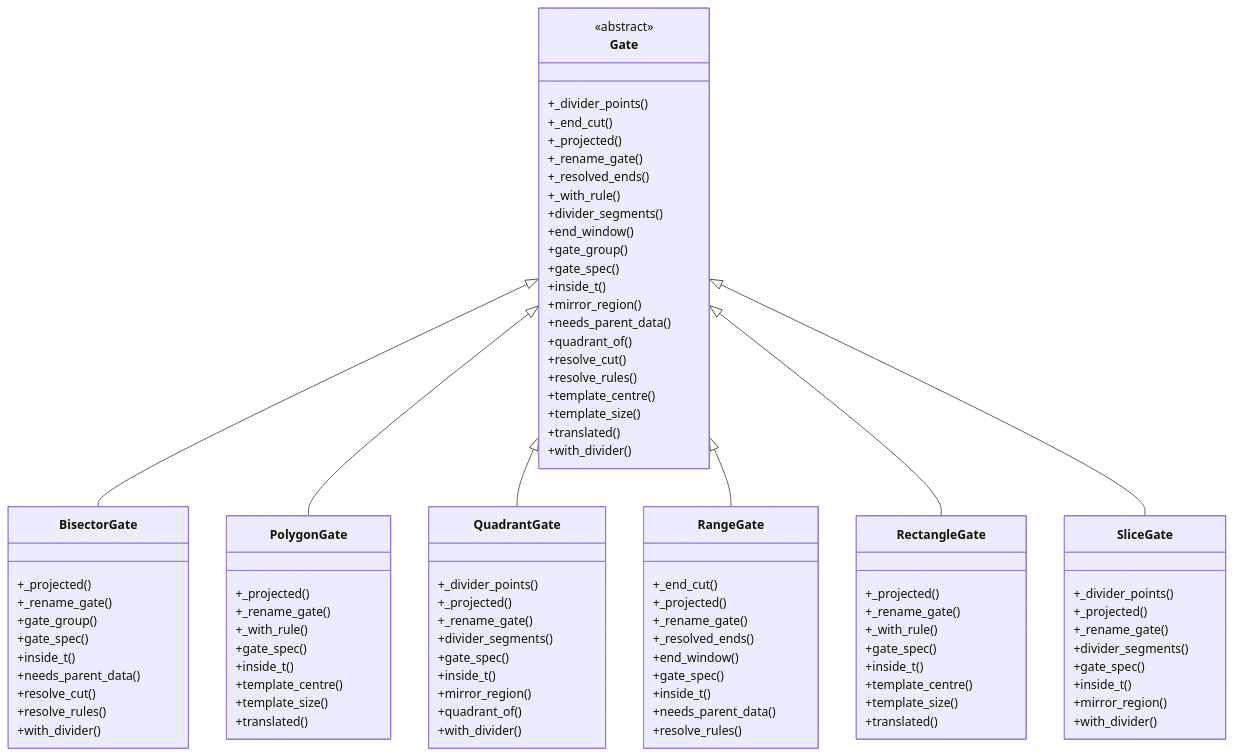
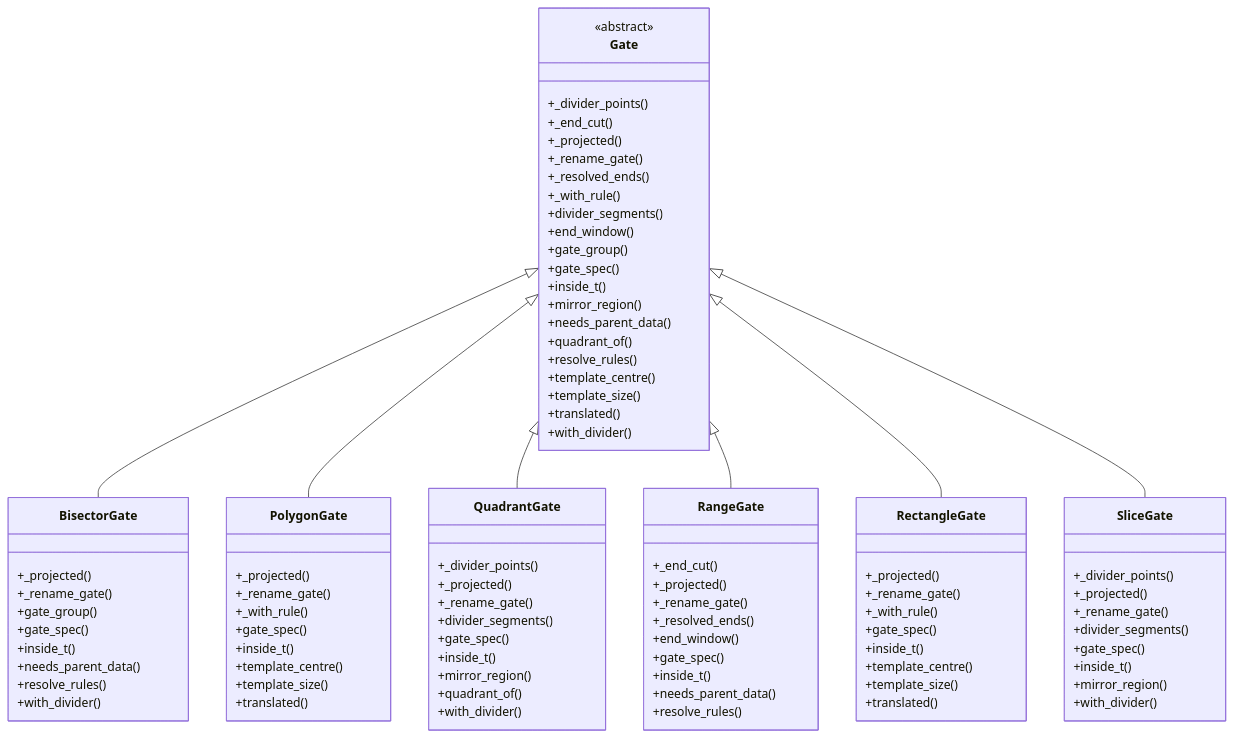
Before and after one commit to schienstockd/cecelia: the first of 6 diagrams in docs/architecture/julia/interfaces.md, drawn with Mermaid. The commit also changed other lines of this file and 1 other file, not shown here.

First line of the commit message:
Remove resolve_cut, which has no callers

```diff
--- a/docs/architecture/julia/interfaces.md
+++ b/docs/architecture/julia/interfaces.md
@@ -108,7 +107,6 @@
     +mirror_region()
     +needs_parent_data()
     +quadrant_of()
-    +resolve_cut()
     +resolve_rules()
     +template_centre()
     +template_size()
@@ -122,7 +120,6 @@
     +gate_spec()
     +inside_t()
     +needs_parent_data()
-    +resolve_cut()
     +resolve_rules()
     +with_divider()
   }
```
